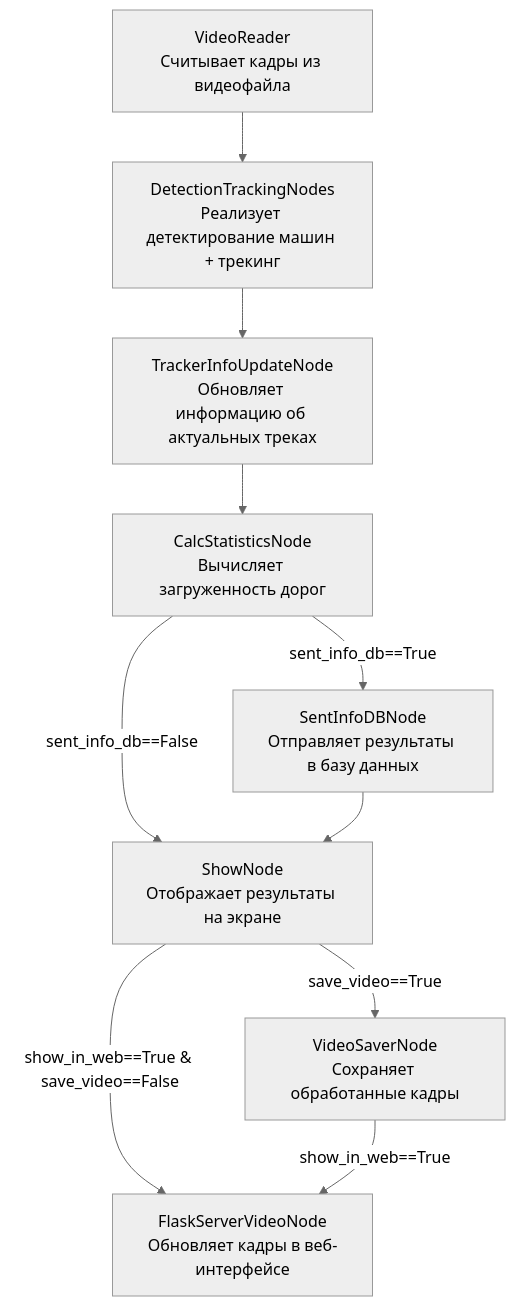
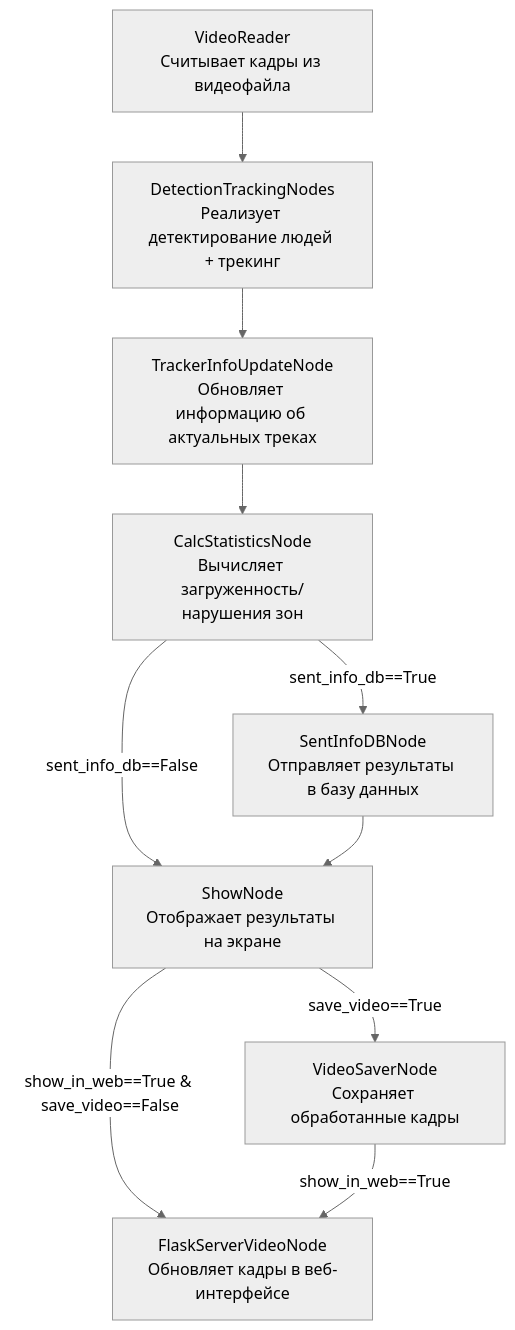
Before and after one commit to SergeyChashnikov/ZoneCounter: the diagram in README.md, drawn with Mermaid (neutral theme).

Commit message:
mod readme

````diff
--- a/README.md
+++ b/README.md
@@ -119,12 +119,12 @@
 ```mermaid
 graph TD;
-    A["VideoReader<br>Считывает кадры из видеофайла"] --> B["DetectionTrackingNodes<br>Реализует детектирование машин + трекинг"];
+    A["VideoReader<br>Считывает кадры из видеофайла"] --> B["DetectionTrackingNodes<br>Реализует детектирование людей + трекинг"];
     B --> C["TrackerInfoUpdateNode<br>Обновляет информацию об актуальных треках"];
-    C --> D["CalcStatisticsNode<br>Вычисляет загруженность дорог"];
+    C --> D["CalcStatisticsNode<br>Вычисляет загруженность/нарушения зон"];
     D --sent_info_db==False --> F;
     D --sent_info_db==True --> E["SentInfoDBNode<br>Отправляет результаты в базу данных"];
     E --> F["ShowNode<br>Отображает результаты на экране"];
     F --save_video==True --> H["VideoSaverNode<br>Сохраняет обработанные кадры"];
     F --show_in_web==True & save_video==False --> L["FlaskServerVideoNode<br>Обновляет кадры в веб-интерфейсе"];
     H --show_in_web==True --> L
 ```
````
